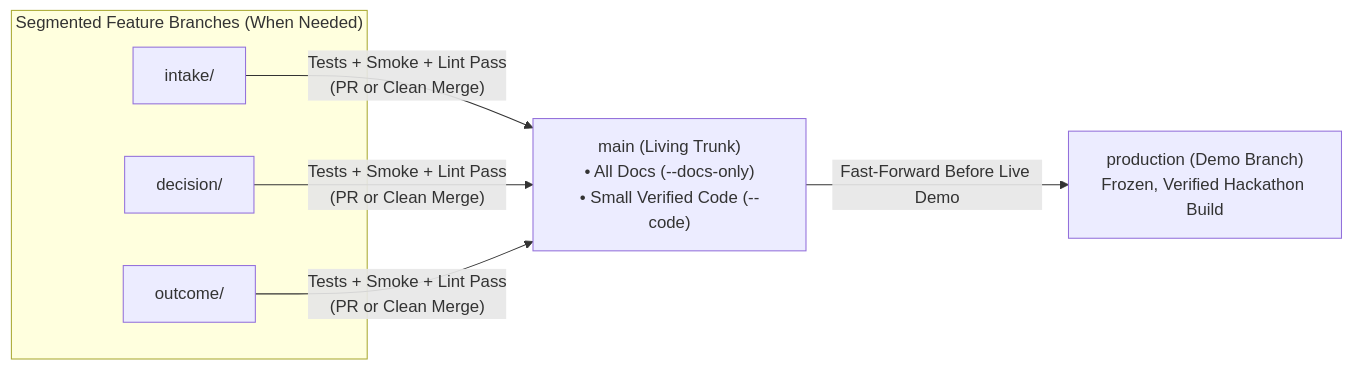
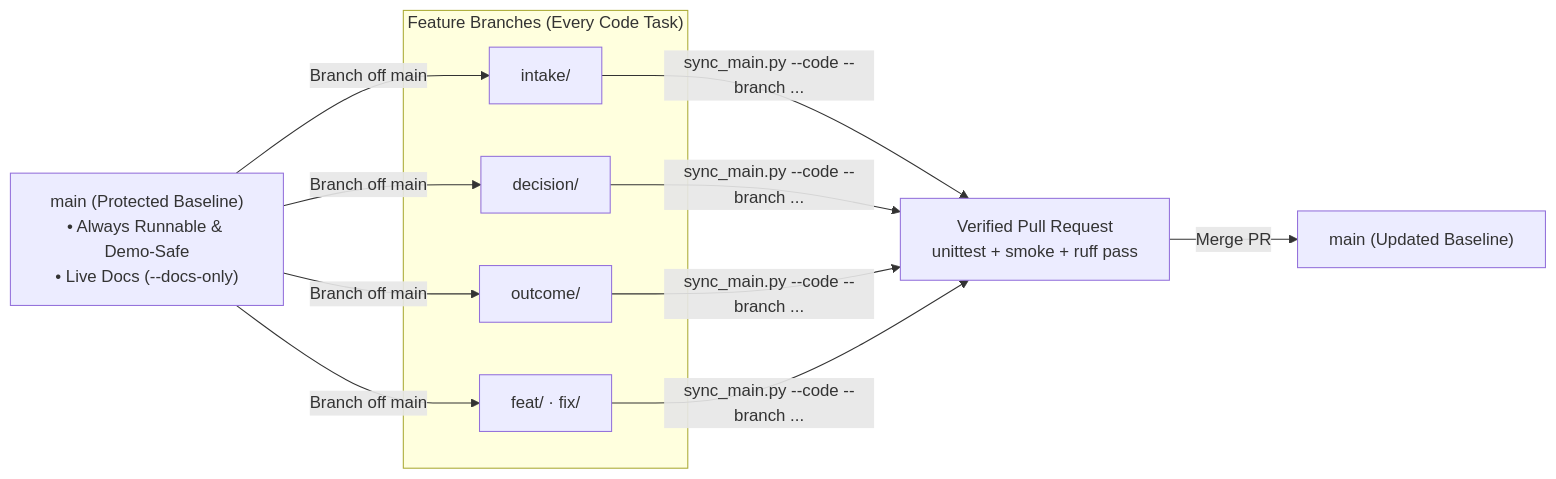
The diagram in governance/git-flow.md (jontumalle/simon), drawn with Mermaid before and after one commit. The commit also changed other lines of this file and 5 other files, not shown here.

Commit message:
docs(governance): enforce main + feature-branch flow for all code changes

````diff
--- a/governance/git-flow.md
+++ b/governance/git-flow.md
@@ -5,14 +5,18 @@
 ```mermaid
 flowchart LR
-    subgraph Feature["Segmented Feature Branches (When Needed)"]
+    MAIN_BASE["main (Protected Baseline)\n• Always Runnable & Demo-Safe\n• Live Docs (--docs-only)"]
+
+    subgraph Branches["Feature Branches (Every Code Task)"]
         B1["intake/<slug>"]
         B2["decision/<slug>"]
         B3["outcome/<slug>"]
+        B4["feat/<slug> · fix/<slug>"]
     end
 
-    MAIN["main (Living Trunk)\n• All Docs (--docs-only)\n• Small Verified Code (--code)"]
-    PROD["production (Demo Branch)\nFrozen, Verified Hackathon Build"]
+    PR["Verified Pull Request\nunittest + smoke + ruff pass"]
+    MAIN_NEXT["main (Updated Baseline)"]
 
-    B1 & B2 & B3 -- "Tests + Smoke + Lint Pass\n(PR or Clean Merge)" --> MAIN
-    MAIN -- "Fast-Forward Before Live Demo" --> PROD
+    MAIN_BASE -- "Branch off main" --> B1 & B2 & B3 & B4
+    B1 & B2 & B3 & B4 -- "sync_main.py --code --branch ..." --> PR
+    PR -- "Merge PR" --> MAIN_NEXT
 ```
````
